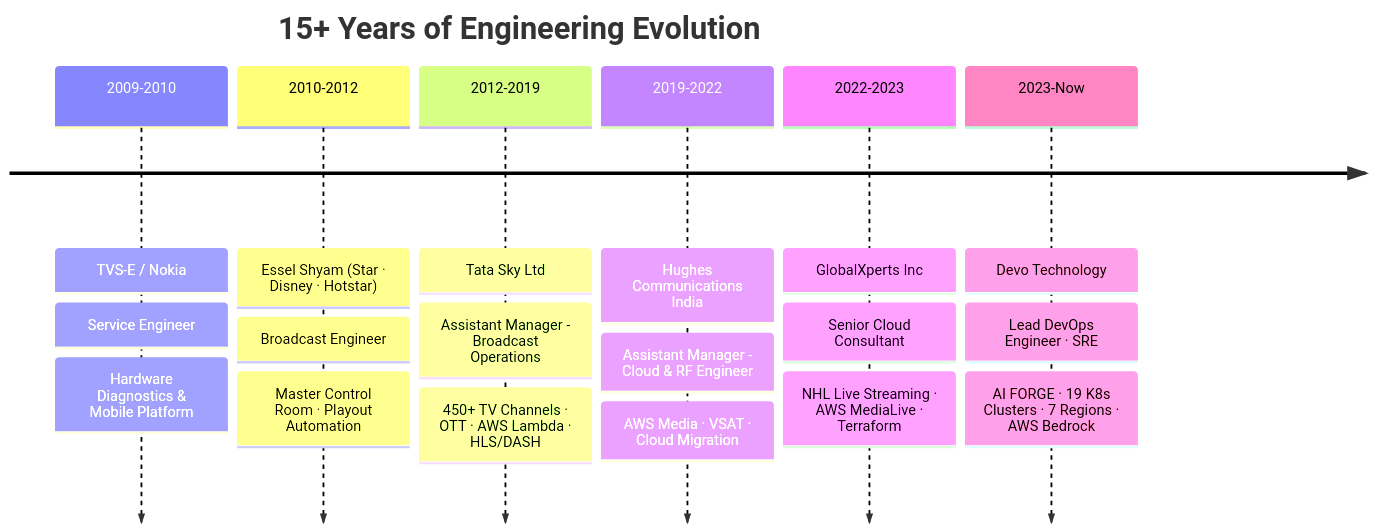
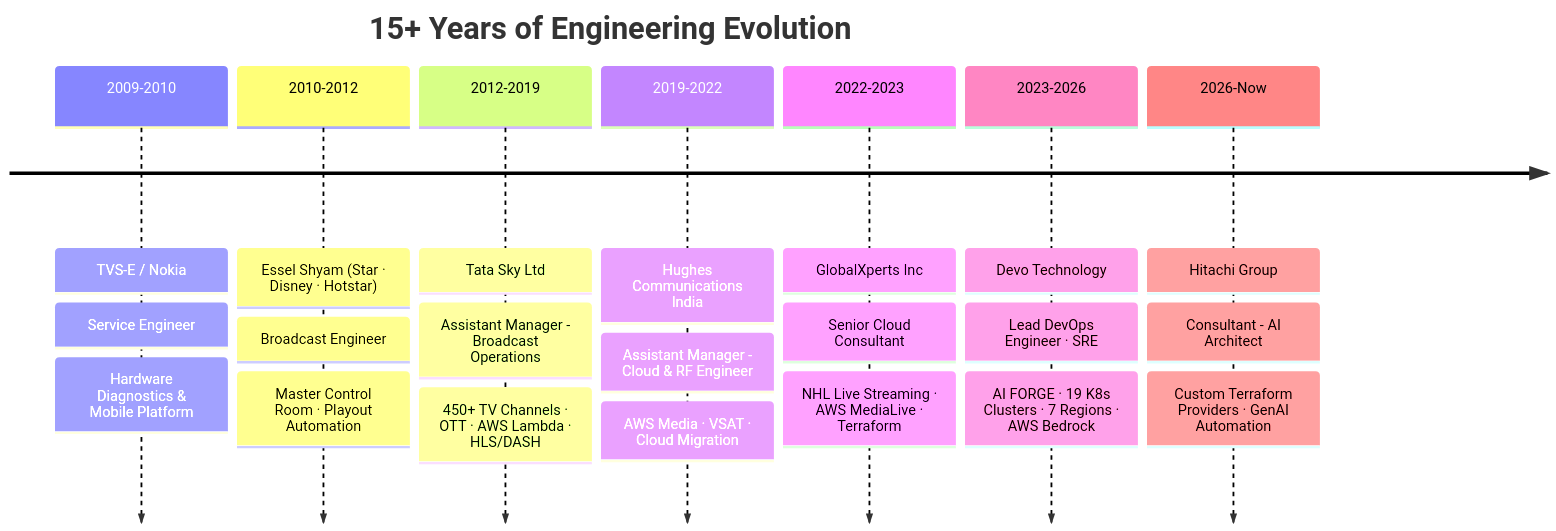
The first of 9 diagrams in resume/resume.md (vikas0486/Vikash-Portfolio), drawn with Mermaid before and after one commit. The commit also changed other lines of this file and 16 other files, not shown here.

````diff
--- a/resume/resume.md
+++ b/resume/resume.md
@@ -41,28 +41,32 @@
 ```mermaid
 timeline
     title 15+ Years of Engineering Evolution
 
     2009-2010 : TVS-E / Nokia
               : Service Engineer
               : Hardware Diagnostics & Mobile Platform
 
     2010-2012 : Essel Shyam (Star · Disney · Hotstar)
               : Broadcast Engineer
               : Master Control Room · Playout Automation
 
     2012-2019 : Tata Sky Ltd
               : Assistant Manager - Broadcast Operations
               : 450+ TV Channels · OTT · AWS Lambda · HLS/DASH
 
     2019-2022 : Hughes Communications India
               : Assistant Manager - Cloud & RF Engineer
               : AWS Media · VSAT · Cloud Migration
 
     2022-2023 : GlobalXperts Inc
               : Senior Cloud Consultant
               : NHL Live Streaming · AWS MediaLive · Terraform
 
-    2023-Now  : Devo Technology
+    2023-2026 : Devo Technology
               : Lead DevOps Engineer · SRE
               : AI FORGE · 19 K8s Clusters · 7 Regions · AWS Bedrock
+
+    2026-Now  : Hitachi Group
+              : Consultant - AI Architect
+              : Custom Terraform Providers · GenAI Automation
 ```
````
